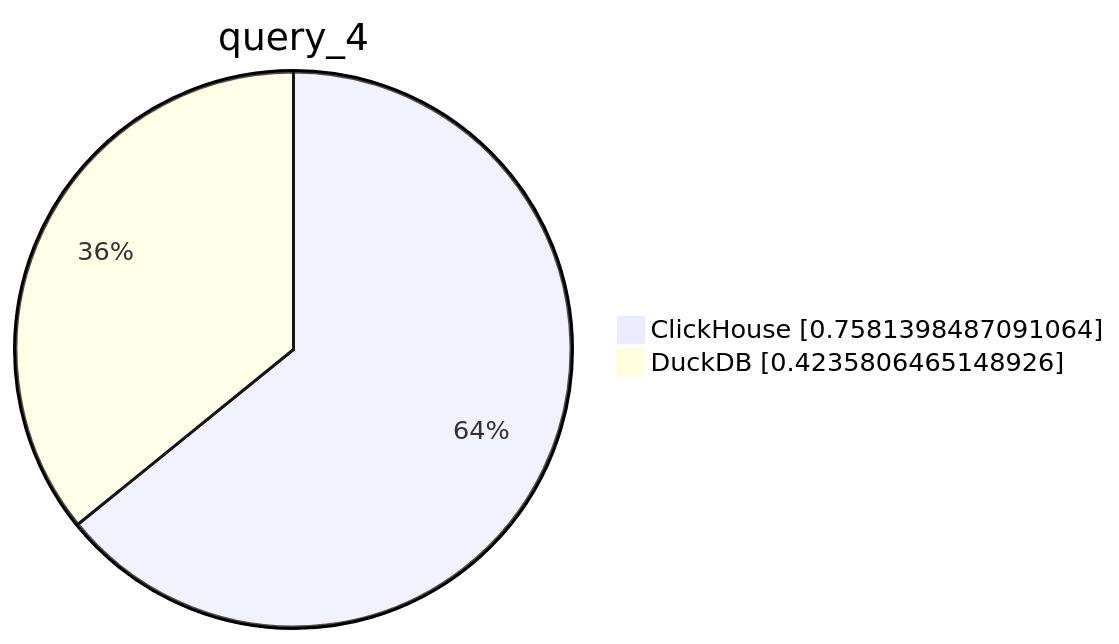
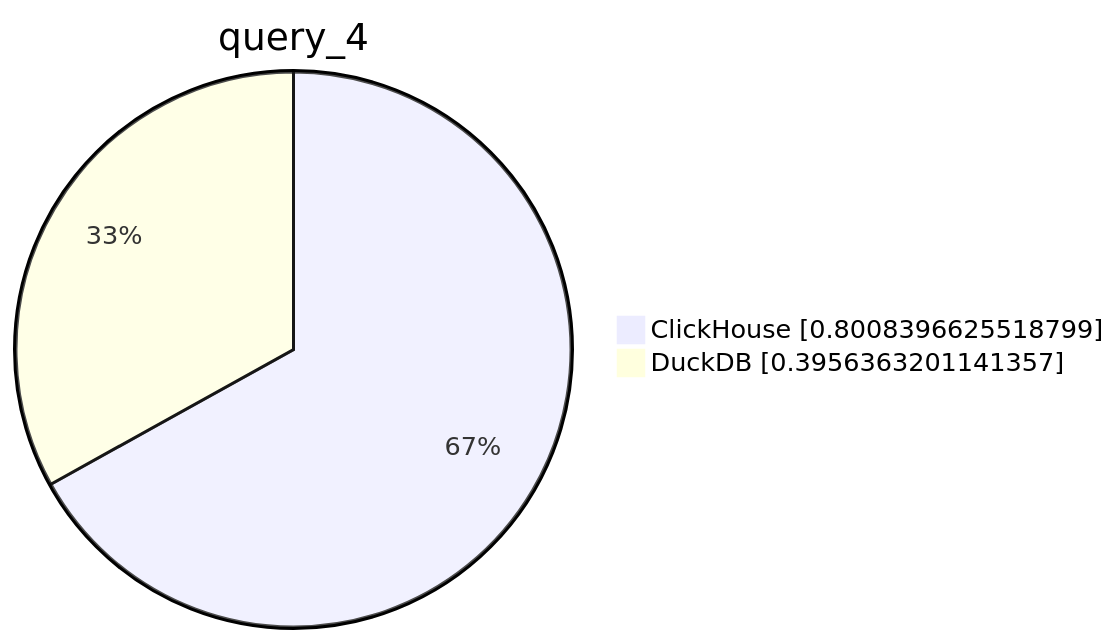
Before and after one commit to Altinity/clickhouse-regression: the fifth of 10 diagrams in parquet/performance/performance_reports/results.md, drawn with Mermaid. The commit also changed other lines of this file and 2 other files, not shown here.

````diff
--- a/parquet/performance/performance_reports/results.md
+++ b/parquet/performance/performance_reports/results.md
@@ -36,6 +36,6 @@
 ```mermaid
      pie showData
          title query_4
-         "ClickHouse" : 0.7581398487091064
-         "DuckDB" : 0.4235806465148926
+         "ClickHouse" : 0.8008396625518799
+         "DuckDB" : 0.3956363201141357
 ```
````
